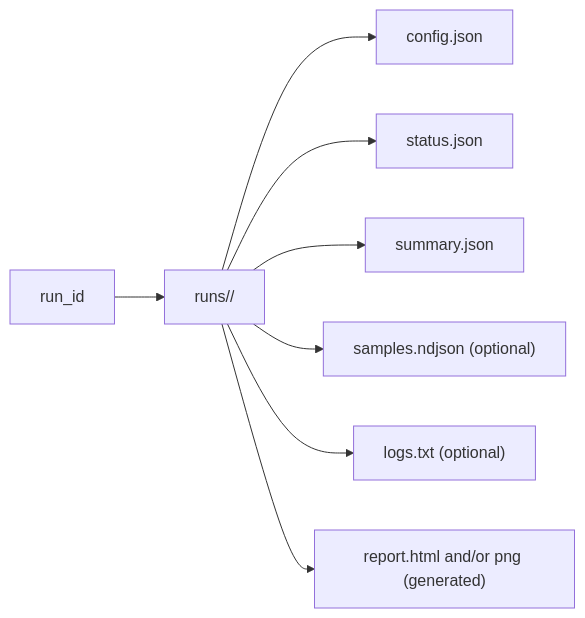
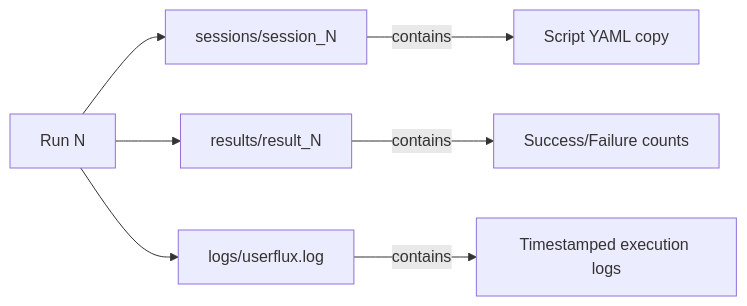
Before and after one commit to andro-kes/userflux: the third of 3 diagrams in docs/architecture.md, drawn with Mermaid. The commit also changed other lines of this file and 1 other file, not shown here.

````diff
--- a/docs/architecture.md
+++ b/docs/architecture.md
@@ -62,10 +106,10 @@
 ```mermaid
 flowchart LR
-  RID["run_id"] --> DIR["runs/<run_id>/"]
-  DIR --> CFG["config.json"]
-  DIR --> ST["status.json"]
-  DIR --> SUM["summary.json"]
-  DIR --> SAMP["samples.ndjson (optional)"]
-  DIR --> LOG["logs.txt (optional)"]
-  DIR --> REP["report.html and/or png (generated)"]
+  RUN["Run N"] --> SESS["sessions/session_N"]
+  RUN --> RES["results/result_N"]
+  RUN --> LOG["logs/userflux.log"]
+  
+  SESS --> |"contains"| YAML["Script YAML copy"]
+  RES --> |"contains"| JSON["Success/Failure counts"]
+  LOG --> |"contains"| LOGS["Timestamped execution logs"]
 ```
````
